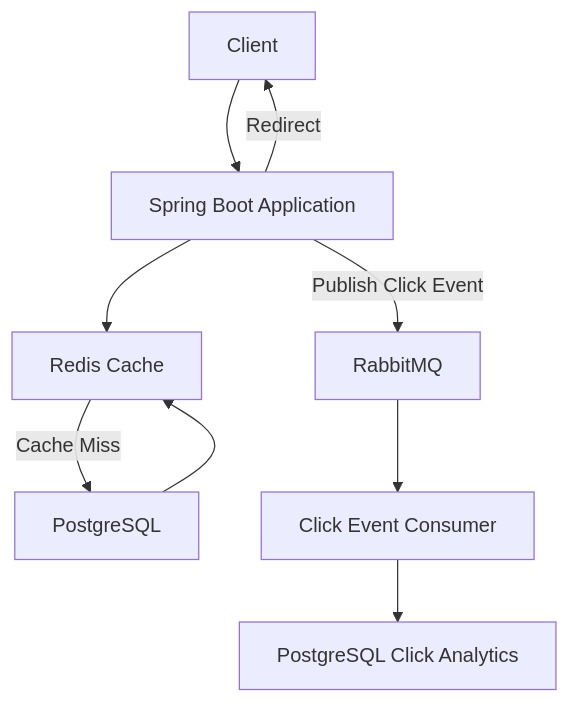
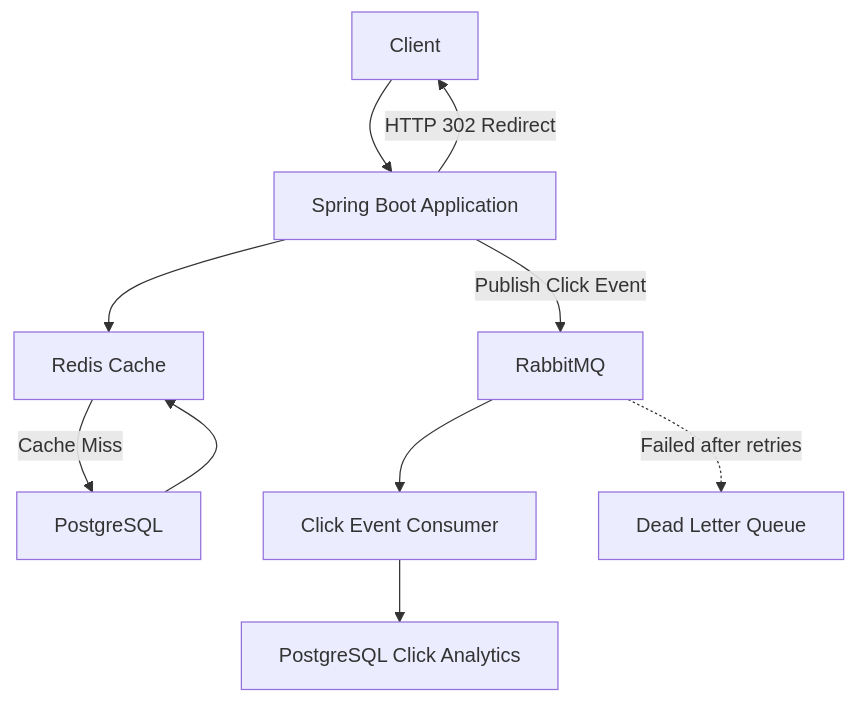
The diagram in README.md (sujanchaudhary415/Url-Shortener), drawn with Mermaid before and after one commit. The commit also changed other lines of this file, not shown here.

````diff
--- a/README.md
+++ b/README.md
@@ -41,14 +54,16 @@
 ```mermaid
 flowchart TD
     A[Client] --> B[Spring Boot Application]
 
     B --> C[Redis Cache]
     C -->|Cache Miss| D[PostgreSQL]
     D --> C
 
-    B -->|Redirect| A
+    B -->|HTTP 302 Redirect| A
 
     B -->|Publish Click Event| E[RabbitMQ]
     E --> F[Click Event Consumer]
     F --> G[PostgreSQL Click Analytics]
+
+    E -. Failed after retries .-> H[Dead Letter Queue]
 ```
````
